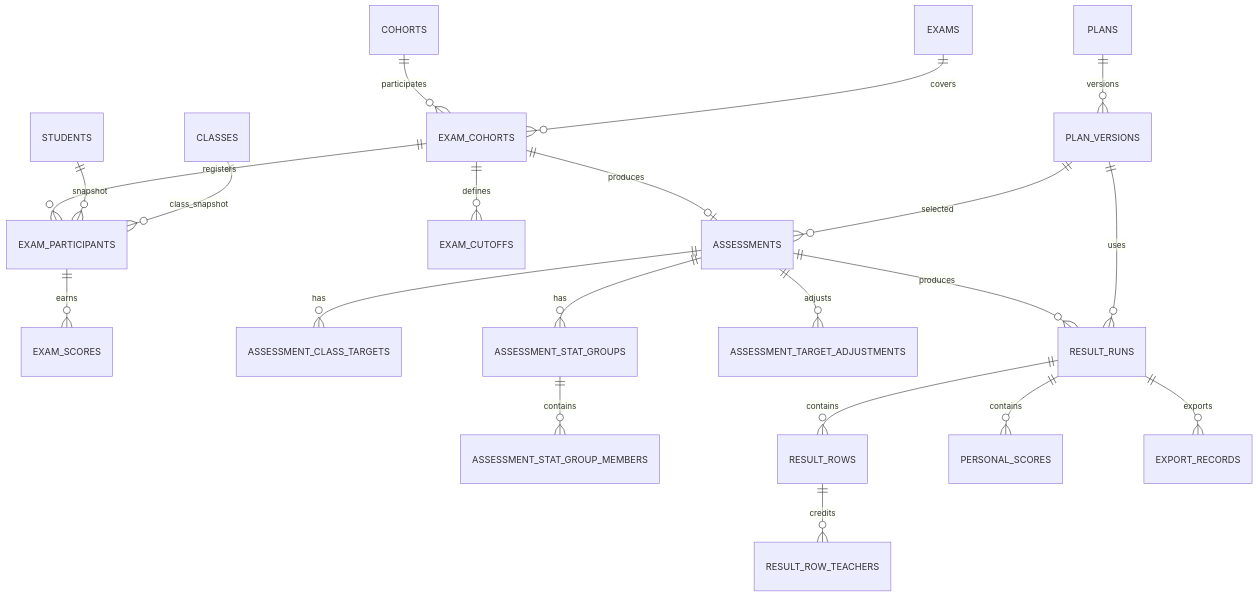
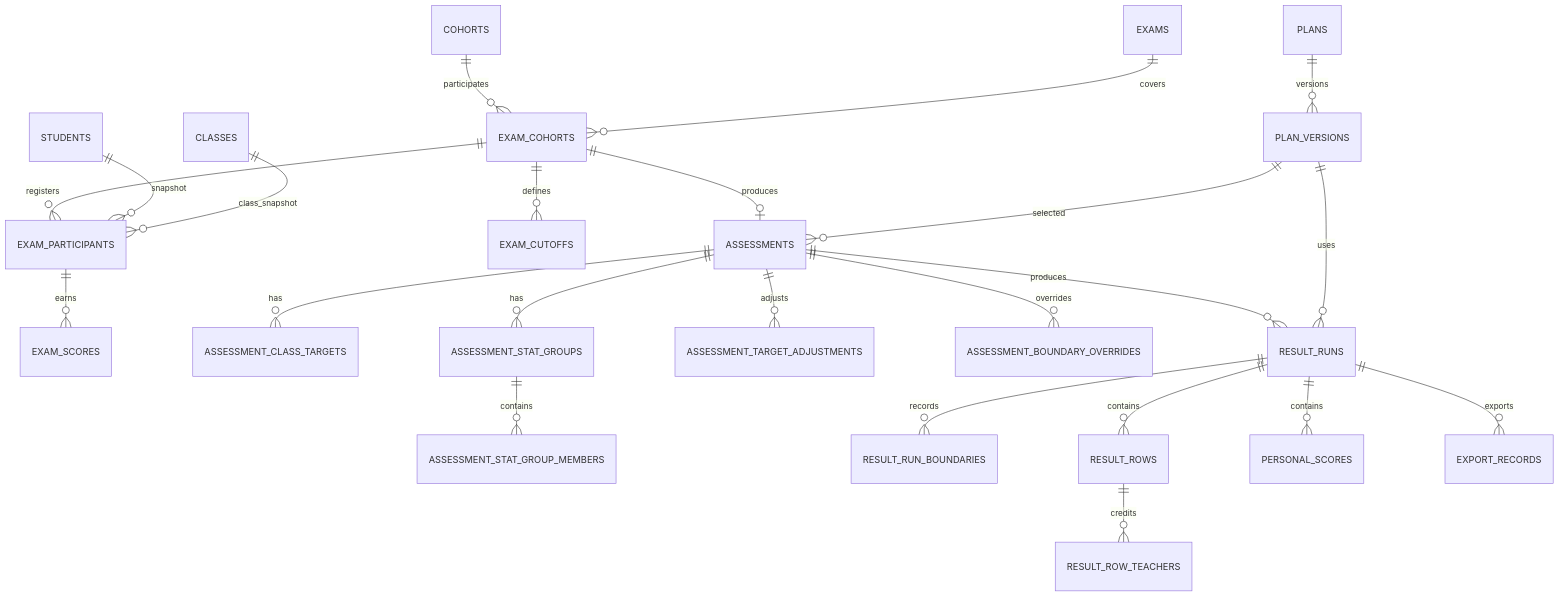
Before and after one commit to SivonLi/Tally: the seventh of 7 diagrams in docs/product-redesign.md, drawn with Mermaid. The commit also changed other lines of this file and 3 other files, not shown here.

````diff
--- a/docs/product-redesign.md
+++ b/docs/product-redesign.md
@@ -1508,23 +1508,25 @@
 ```mermaid
 erDiagram
   COHORTS ||--o{ EXAM_COHORTS : participates
   EXAMS ||--o{ EXAM_COHORTS : covers
   EXAM_COHORTS ||--o{ EXAM_PARTICIPANTS : registers
   STUDENTS ||--o{ EXAM_PARTICIPANTS : snapshot
   CLASSES ||--o{ EXAM_PARTICIPANTS : class_snapshot
   EXAM_PARTICIPANTS ||--o{ EXAM_SCORES : earns
   EXAM_COHORTS ||--o{ EXAM_CUTOFFS : defines
   EXAM_COHORTS ||--o| ASSESSMENTS : produces
   ASSESSMENTS ||--o{ ASSESSMENT_CLASS_TARGETS : has
   ASSESSMENTS ||--o{ ASSESSMENT_STAT_GROUPS : has
   ASSESSMENTS ||--o{ ASSESSMENT_TARGET_ADJUSTMENTS : adjusts
+  ASSESSMENTS ||--o{ ASSESSMENT_BOUNDARY_OVERRIDES : overrides
   ASSESSMENT_STAT_GROUPS ||--o{ ASSESSMENT_STAT_GROUP_MEMBERS : contains
   PLANS ||--o{ PLAN_VERSIONS : versions
   PLAN_VERSIONS ||--o{ ASSESSMENTS : selected
   ASSESSMENTS ||--o{ RESULT_RUNS : produces
   PLAN_VERSIONS ||--o{ RESULT_RUNS : uses
+  RESULT_RUNS ||--o{ RESULT_RUN_BOUNDARIES : records
   RESULT_RUNS ||--o{ RESULT_ROWS : contains
   RESULT_ROWS ||--o{ RESULT_ROW_TEACHERS : credits
   RESULT_RUNS ||--o{ PERSONAL_SCORES : contains
   RESULT_RUNS ||--o{ EXPORT_RECORDS : exports
 ```
````
